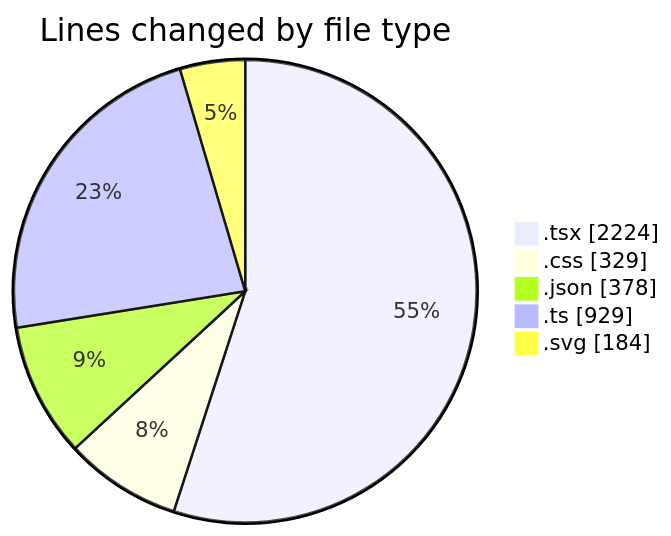
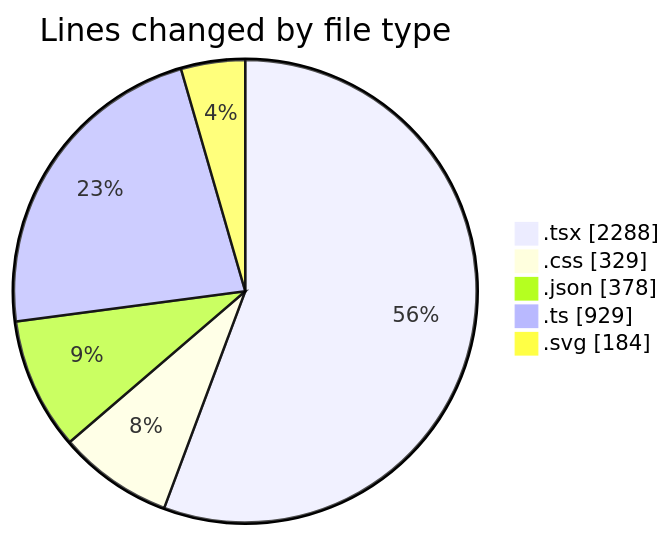
Before and after one commit to julien-gomy/code-tracking: the first of 2 diagrams in 2025-10-10/eventscop-frontend-guide__workspace_/README.md, drawn with Mermaid. The commit also changed other lines of this file and 1 other file, not shown here.

````diff
--- a/2025-10-10/eventscop-frontend-guide__workspace_/README.md
+++ b/2025-10-10/eventscop-frontend-guide__workspace_/README.md
@@ -39,9 +39,9 @@
 ```mermaid
 pie showData
 title Lines changed by file type
-".tsx" : 2224
+".tsx" : 2288
 ".css" : 329
 ".json" : 378
 ".ts" : 929
 ".svg" : 184
 ```
````
